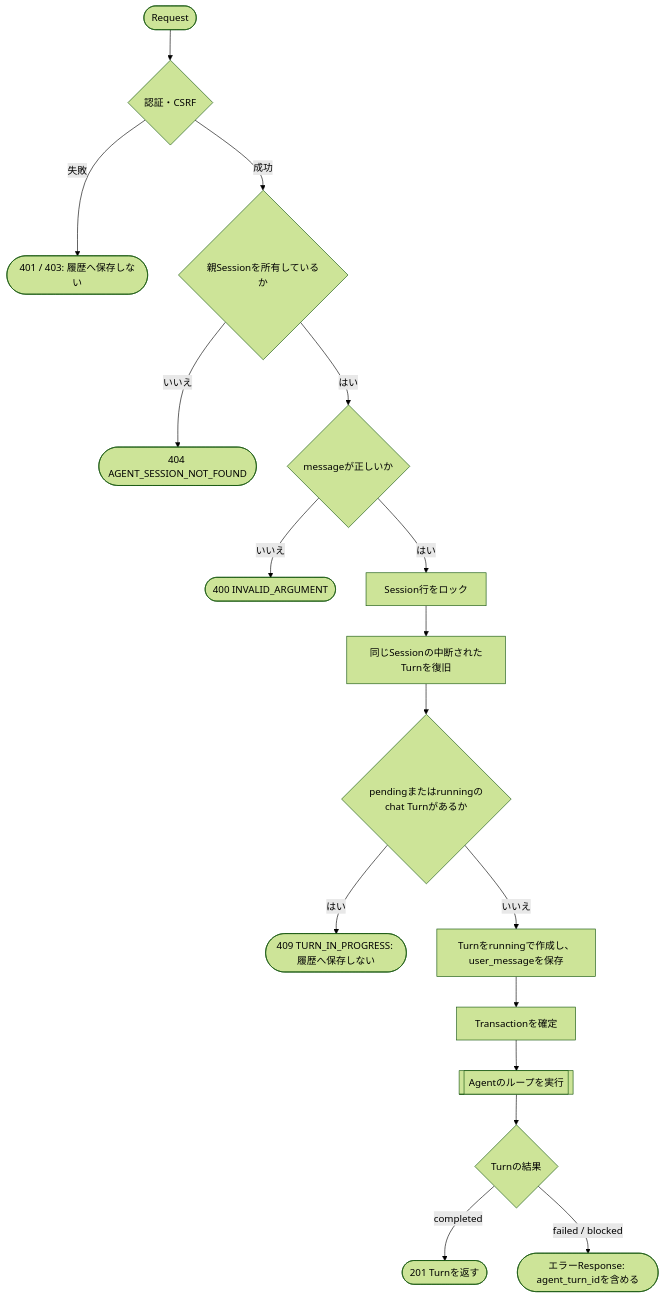
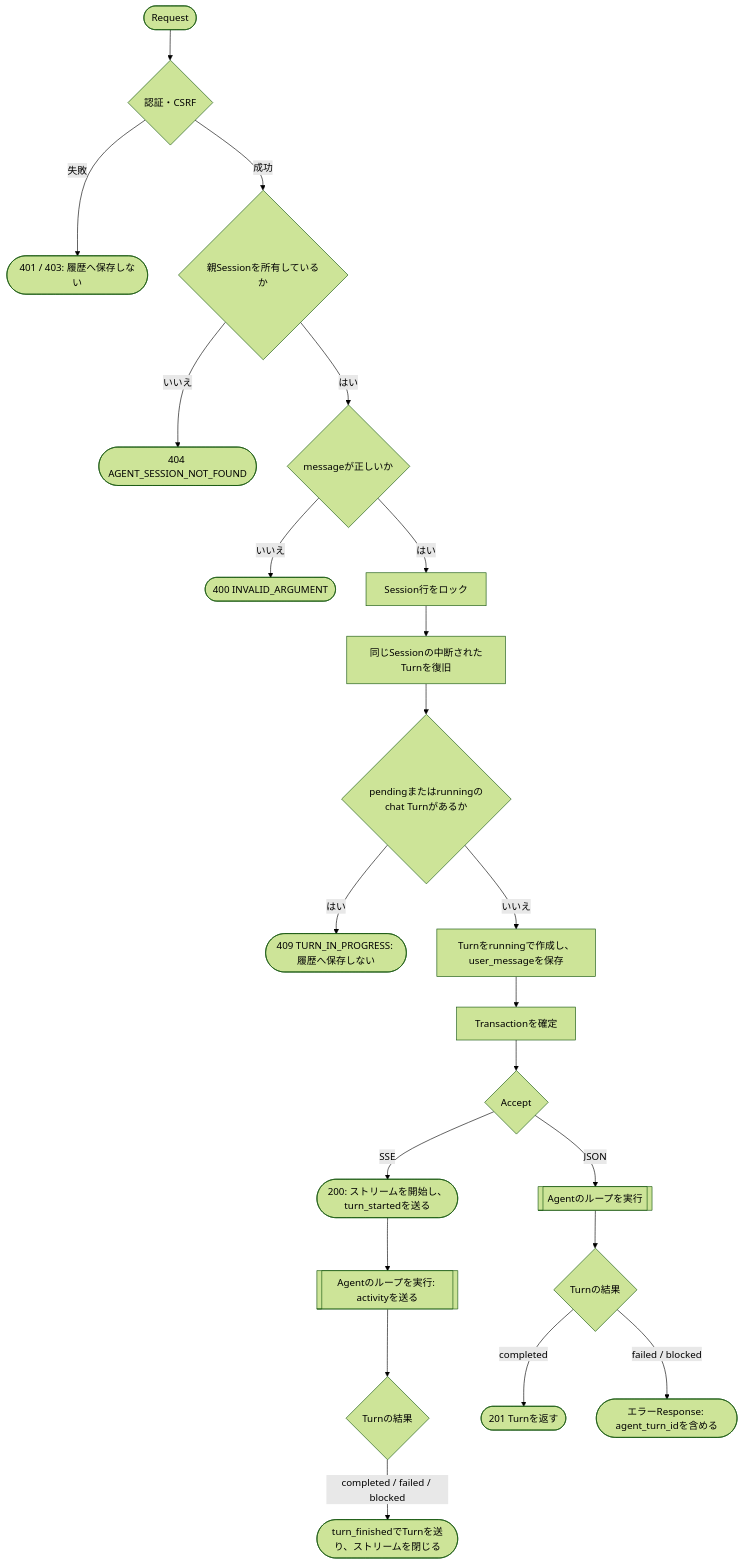
The second of 3 diagrams in docs/v.0.1/API_DESIGN.md (nishimura-yuma77/hiromeru), drawn with Mermaid (forest theme) before and after one commit. The commit also changed other lines of this file and 5 other files, not shown here.

````diff
--- a/docs/v.0.1/API_DESIGN.md
+++ b/docs/v.0.1/API_DESIGN.md
@@ -732,19 +834,24 @@
 ```mermaid
 flowchart TD
     START([Request]) --> AUTH{認証・CSRF}
     AUTH -- 失敗 --> E_AUTH([401 / 403: 履歴へ保存しない])
     AUTH -- 成功 --> SESSION{親Sessionを所有しているか}
     SESSION -- いいえ --> E_404([404 AGENT_SESSION_NOT_FOUND])
     SESSION -- はい --> VALIDATE{messageが正しいか}
     VALIDATE -- いいえ --> E_400([400 INVALID_ARGUMENT])
     VALIDATE -- はい --> LOCK[Session行をロック]
     LOCK --> RECOVER[同じSessionの中断されたTurnを復旧]
     RECOVER --> RUNNING{pendingまたはrunningのchat Turnがあるか}
     RUNNING -- はい --> E_409([409 TURN_IN_PROGRESS: 履歴へ保存しない])
     RUNNING -- いいえ --> CREATE[Turnをrunningで作成し、user_messageを保存]
     CREATE --> COMMIT[Transactionを確定]
-    COMMIT --> LOOP[[Agentのループを実行]]
+    COMMIT --> MODE{Accept}
+    MODE -- JSON --> LOOP[[Agentのループを実行]]
+    MODE -- SSE --> OPEN([200: ストリームを開始し、turn_startedを送る])
+    OPEN --> LOOP_SSE[[Agentのループを実行: activityを送る]]
     LOOP --> RESULT{Turnの結果}
+    LOOP_SSE --> RESULT_SSE{Turnの結果}
     RESULT -- completed --> OK([201 Turnを返す])
     RESULT -- failed / blocked --> E_TURN([エラーResponse: agent_turn_idを含める])
+    RESULT_SSE -- completed / failed / blocked --> FINISH([turn_finishedでTurnを送り、ストリームを閉じる])
 ```
````
